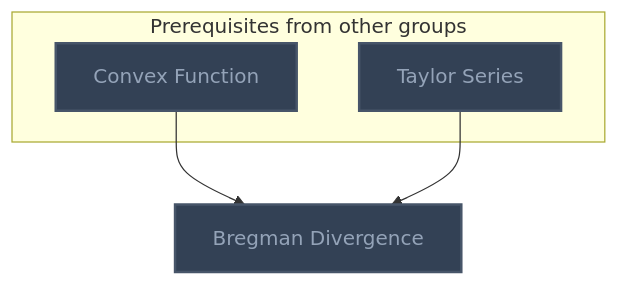
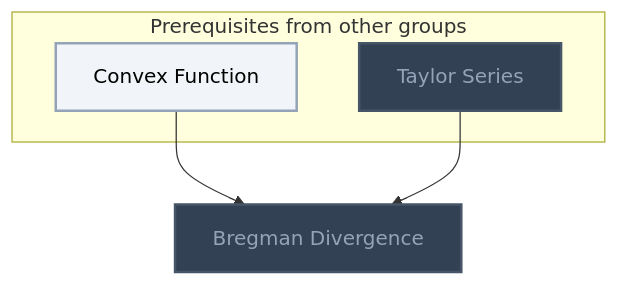
One commit to MRauf1/My-Notes changed the first of 2 diagrams in Gamification/Skill Trees/Optimization.md. Above: the diagram before and after it, drawn with Mermaid. The commit also changed other lines of this file and 156 other files, not shown here.

````diff
--- a/Gamification/Skill Trees/Optimization.md
+++ b/Gamification/Skill Trees/Optimization.md
@@ -14,21 +14,22 @@
 ```mermaid
 flowchart TD
     classDef planned fill:#1E293B,stroke:#64748B,stroke-width:2px,stroke-dasharray:5 5,color:#94A3B8;
     classDef locked fill:#334155,stroke:#475569,stroke-width:2px,color:#94A3B8;
     classDef L0 fill:#F1F5F9,stroke:#94A3B8,stroke-width:2px,color:#000000;
     classDef L1 fill:#22C55E,stroke:#15803D,stroke-width:2px,color:#000000;
     classDef L2 fill:#3B82F6,stroke:#1D4ED8,stroke-width:3px,color:#FFFFFF;
     classDef L3 fill:#A855F7,stroke:#6B21A8,stroke-width:3px,color:#FFFFFF,font-weight:bold;
     classDef L4 fill:#F97316,stroke:#C2410C,stroke-width:4px,color:#000000,font-weight:bold;
     classDef L5 fill:#FFD700,stroke:#FF8C00,stroke-width:5px,color:#000000,font-weight:bold;
     classDef rusty stroke:#8B4513,stroke-width:4px,stroke-dasharray:3 3;
     subgraph sg_prereqs["Prerequisites from other groups"]
         n_convex_function["Convex Function"]
         n_taylor_series["Taylor Series"]
     end
     n_bregman_divergence["Bregman Divergence"]
     n_convex_function --> n_bregman_divergence
     n_taylor_series --> n_bregman_divergence
-    class n_convex_function,n_taylor_series,n_bregman_divergence locked;
+    class n_taylor_series,n_bregman_divergence locked;
+    class n_convex_function L0;
     class n_convex_function,n_taylor_series,n_bregman_divergence internal-link;
 ```
````
